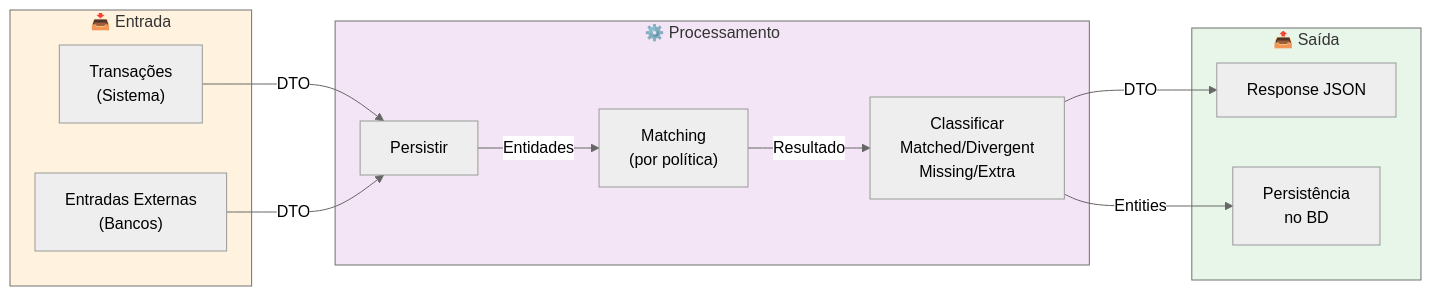
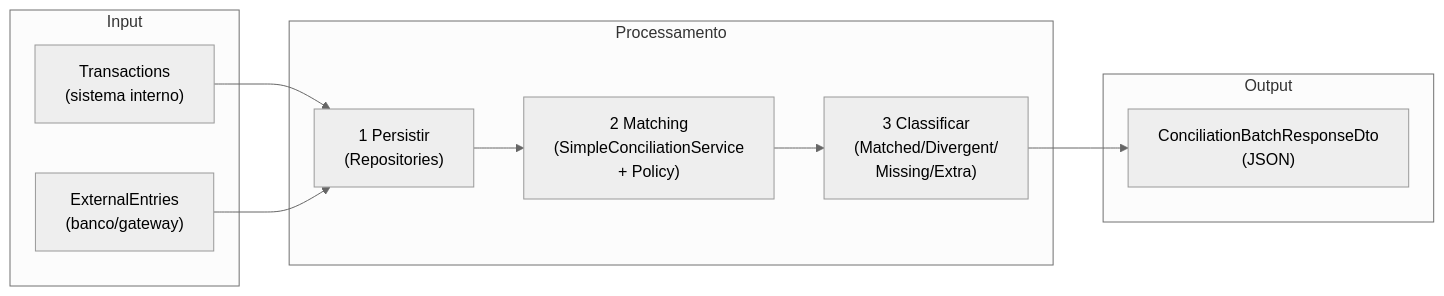
The second of 12 diagrams in docs/DIAGRAMAS-PROJETO.md (awernek/Conciliacao), drawn with Mermaid (neutral theme) before and after one commit. The commit also changed other lines of this file and 22 other files, not shown here.

````diff
--- a/docs/DIAGRAMAS-PROJETO.md
+++ b/docs/DIAGRAMAS-PROJETO.md
@@ -48,29 +43,23 @@
 ```mermaid
-graph LR
-    subgraph Entrada["📥 Entrada"]
-        TxInput["Transações<br/>(Sistema)"]
-        ExtInput["Entradas Externas<br/>(Bancos)"]
+flowchart LR
+    subgraph Input
+        TX[" Transactions<br/>(sistema interno)"]
+        EX[" ExternalEntries<br/>(banco/gateway)"]
     end
 
-    subgraph Processamento["⚙️ Processamento"]
-        Persist["Persistir"]
-        Match["Matching<br/>(por política)"]
-        Classify["Classificar<br/>Matched/Divergent<br/>Missing/Extra"]
+    subgraph Processamento
+        P["1 Persistir<br/>(Repositories)"]
+        M["2 Matching<br/>(SimpleConciliationService<br/>+ Policy)"]
+        C["3 Classificar<br/>(Matched/Divergent/<br/>Missing/Extra)"]
     end
 
-    subgraph Saida["📤 Saída"]
-        Response["Response JSON"]
-        Storage["Persistência<br/>no BD"]
+    subgraph Output
+        R[" ConciliationBatchResponseDto<br/>(JSON)"]
     end
 
-    TxInput -->|DTO| Persist
-    ExtInput -->|DTO| Persist
-    Persist -->|Entidades| Match
-    Match -->|Resultado| Classify
-    Classify -->|DTO| Response
-    Classify -->|Entities| Storage
-
-    style Entrada fill:#fff3e0
-    style Processamento fill:#f3e5f5
-    style Saida fill:#e8f5e9
+    TX --> P
+    EX --> P
+    P --> M
+    M --> C
+    C --> R
 ```
````
